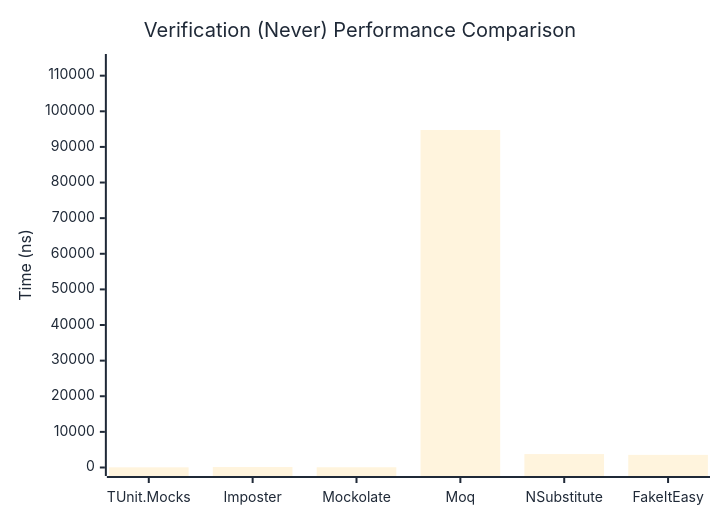
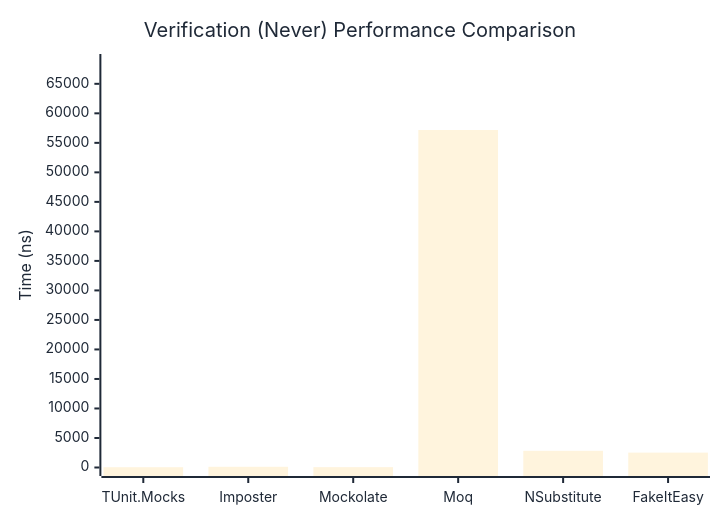
One commit to thomhurst/TUnit changed the second of 3 diagrams in docs/docs/benchmarks/mocks/Verification.md. Above: the diagram before and after it, drawn with Mermaid. The commit also changed other lines of this file and 14 other files, not shown here.

````diff
--- a/docs/docs/benchmarks/mocks/Verification.md
+++ b/docs/docs/benchmarks/mocks/Verification.md
@@ -71,27 +71,27 @@
 ```mermaid
 %%{init: {
   'theme':'base',
   'themeVariables': {
     'primaryColor': '#2563eb',
     'primaryTextColor': '#1f2937',
     'primaryBorderColor': '#1e40af',
     'lineColor': '#6b7280',
     'secondaryColor': '#7c3aed',
     'tertiaryColor': '#dc2626',
     'background': '#ffffff',
     'pie1': '#2563eb',
     'pie2': '#7c3aed',
     'pie3': '#dc2626',
     'pie4': '#f59e0b',
     'pie5': '#10b981',
     'pie6': '#06b6d4',
     'pie7': '#ec4899',
     'pie8': '#6366f1'
   }
 }}%%
 xychart-beta
   title "Verification (Never) Performance Comparison"
   x-axis ["TUnit.Mocks", "Imposter", "Mockolate", "Moq", "NSubstitute", "FakeItEasy"]
-  y-axis "Time (ns)" 0 --> 113697
-  bar [49.79, 125.16, 67.6, 94746.8, 3766, 3544.27]
+  y-axis "Time (ns)" 0 --> 68611
+  bar [46.65, 118.47, 59.76, 57175.69, 2827.46, 2523.17]
 ```
````
